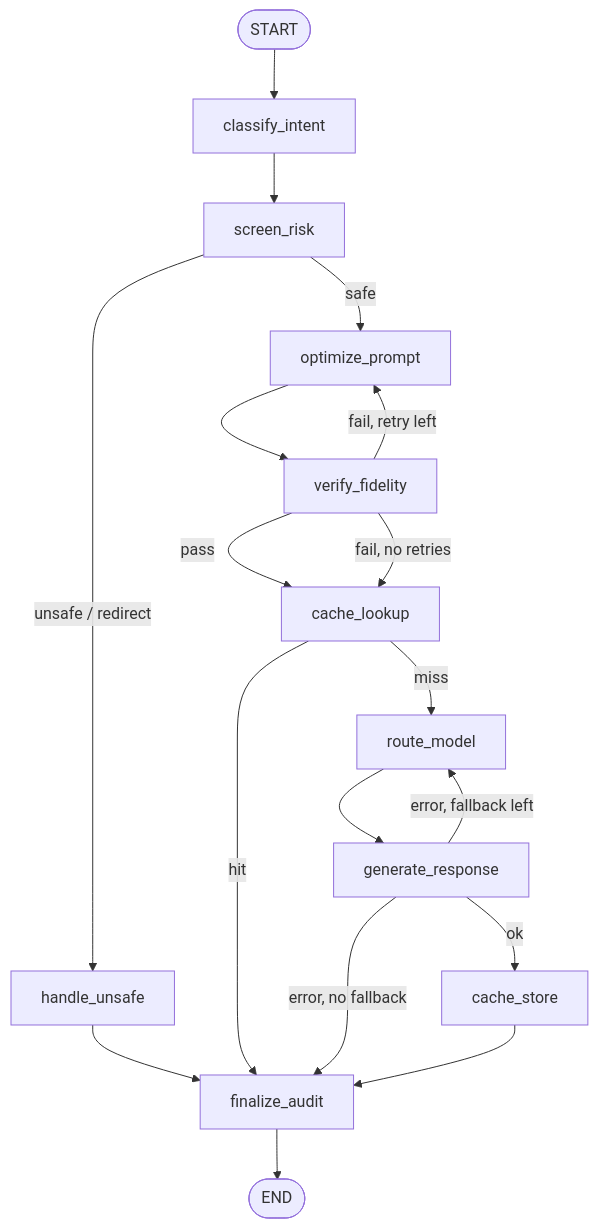
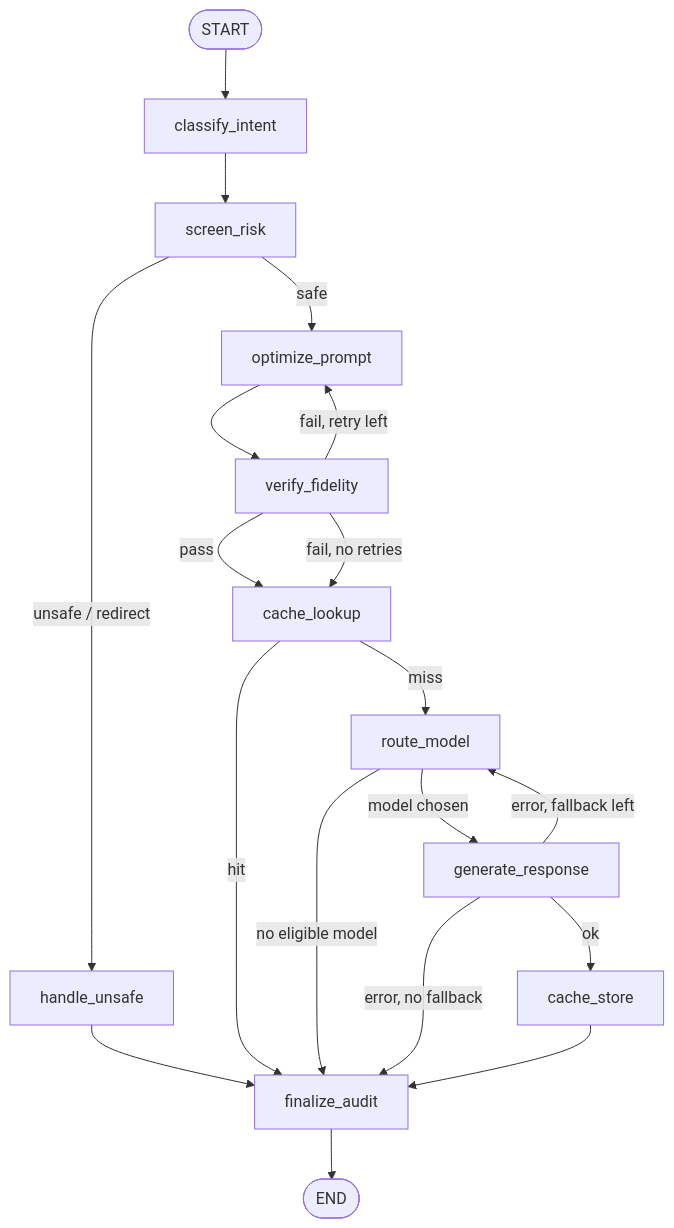
Before and after one commit to Break-Through-Tech/AI-Governance-1B-governed-prompt-gateway: the diagram in gateway/README.md, drawn with Mermaid. The commit also changed other lines of this file and 8 other files, not shown here.

Commit message:
Skip generation when no eligible model is left; fail with a polite message

````diff
--- a/gateway/README.md
+++ b/gateway/README.md
@@ -34,20 +34,21 @@
 ```mermaid
 flowchart TD
     START([START]) --> classify_intent
     classify_intent --> screen_risk
     screen_risk -- "unsafe / redirect" --> handle_unsafe
     screen_risk -- "safe" --> optimize_prompt
     handle_unsafe --> finalize_audit
     optimize_prompt --> verify_fidelity
     verify_fidelity -- "pass" --> cache_lookup
     verify_fidelity -- "fail, retry left" --> optimize_prompt
     verify_fidelity -- "fail, no retries" --> cache_lookup
     cache_lookup -- "hit" --> finalize_audit
     cache_lookup -- "miss" --> route_model
-    route_model --> generate_response
+    route_model -- "model chosen" --> generate_response
+    route_model -- "no eligible model" --> finalize_audit
     generate_response -- "ok" --> cache_store
     generate_response -- "error, fallback left" --> route_model
     generate_response -- "error, no fallback" --> finalize_audit
     cache_store --> finalize_audit
     finalize_audit --> END([END])
 ```
````
